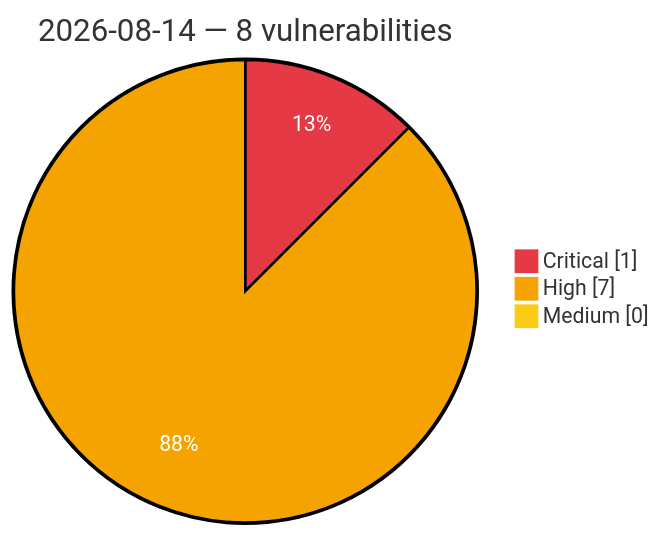
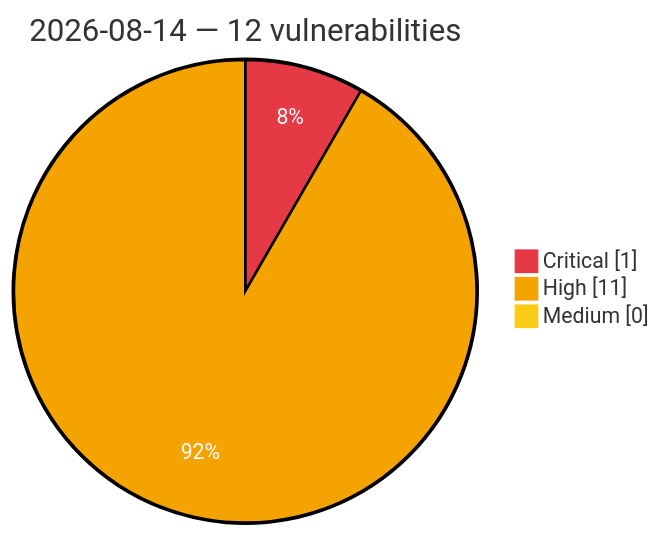
Before and after one commit to GhostX0X/vuln-tracker: the diagram in vulnerabilities/2026/August/2026-08-14.md, drawn with Mermaid. The commit also changed other lines of this file and 5 other files, not shown here.

````diff
--- a/vulnerabilities/2026/August/2026-08-14.md
+++ b/vulnerabilities/2026/August/2026-08-14.md
@@ -3,8 +3,8 @@
 ```mermaid
 %%{init: {'theme':'base', 'themeVariables': {'pie1':'#e63946', 'pie2':'#f4a300', 'pie3':'#facc15', 'pieOpacity':'1', 'pieOuterStrokeWidth':'2px', 'pieSectionTextColor':'#ffffff'}}}%%
 pie showData
-    title 2026-08-14 — 8 vulnerabilities
+    title 2026-08-14 — 12 vulnerabilities
     "Critical" : 1
-    "High" : 7
+    "High" : 11
     "Medium" : 0
 ```
````
